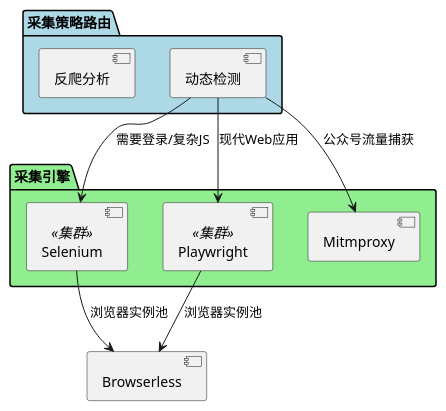
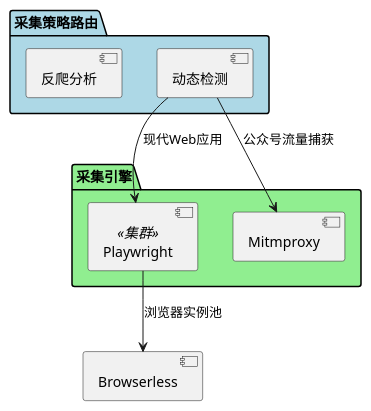
Before and after one commit to NKU-WIKI/nkuwiki: the second of 6 diagrams in docs/nkuwiki_dev.md, drawn with PlantUML. The commit also changed other lines of this file and 102 other files, not shown here.

````diff
--- a/docs/nkuwiki_dev.md
+++ b/docs/nkuwiki_dev.md
@@ -297,23 +294,20 @@
 ```plantuml
 @startuml
 package "采集策略路由" #LightBlue {
     component "动态检测" as dynamic_detection
     component "反爬分析" as anti_spider
 }
 
 package "采集引擎" #LightGreen {
-    component "Selenium" as selenium <<集群>>
     component "Playwright" as playwright <<集群>>
     component "Mitmproxy" as mitmproxy
 }
 
 component "Browserless" as browserless
 
-dynamic_detection --> selenium : "需要登录/复杂JS"
 dynamic_detection --> playwright : "现代Web应用"
 dynamic_detection --> mitmproxy : "公众号流量捕获"
 
-selenium --> browserless : "浏览器实例池"
 playwright --> browserless : "浏览器实例池"
 @enduml
 ```
````
